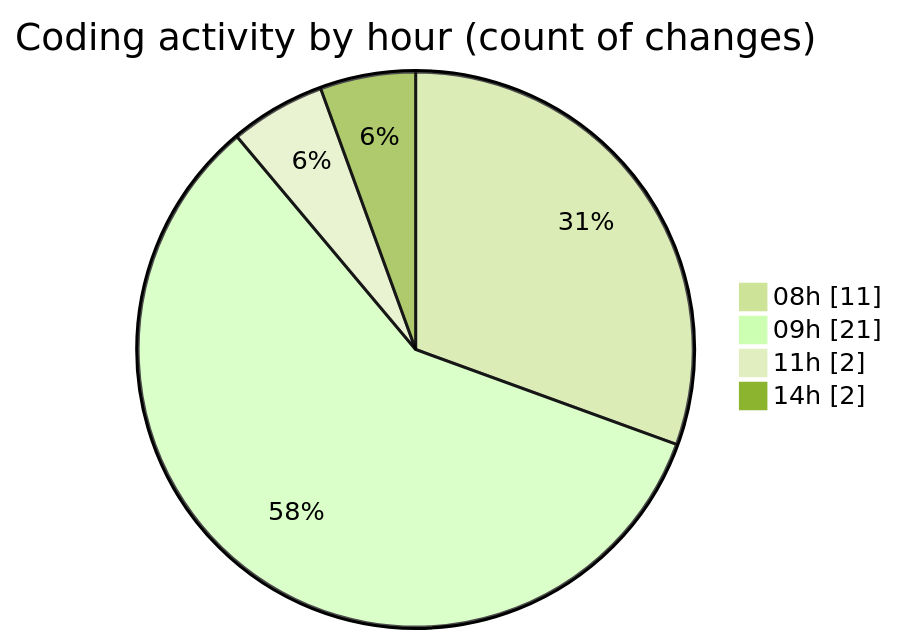
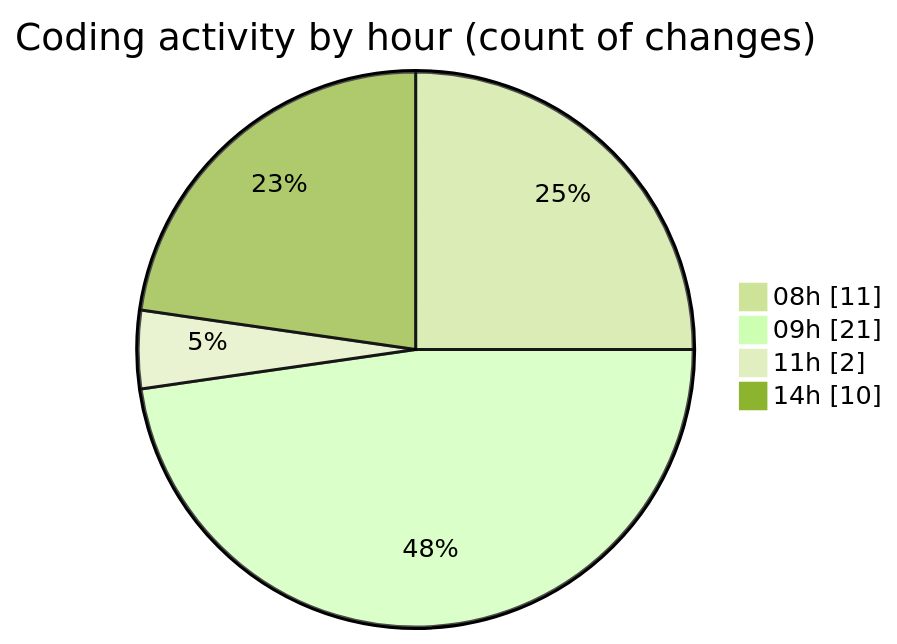
One commit to julien-gomy/code-tracking changed the second of 2 diagrams in 2025-10-13/eventscop-frontend-guide__workspace_/README.md. Above: the diagram before and after it, drawn with Mermaid (forest theme). The commit also changed other lines of this file and 1 other file, not shown here.

````diff
--- a/2025-10-13/eventscop-frontend-guide__workspace_/README.md
+++ b/2025-10-13/eventscop-frontend-guide__workspace_/README.md
@@ -37,8 +41,8 @@
 ```mermaid
 pie showData
 title Coding activity by hour (count of changes)
 "08h" : 11
 "09h" : 21
 "11h" : 2
-"14h" : 2
+"14h" : 10
 ```
````
